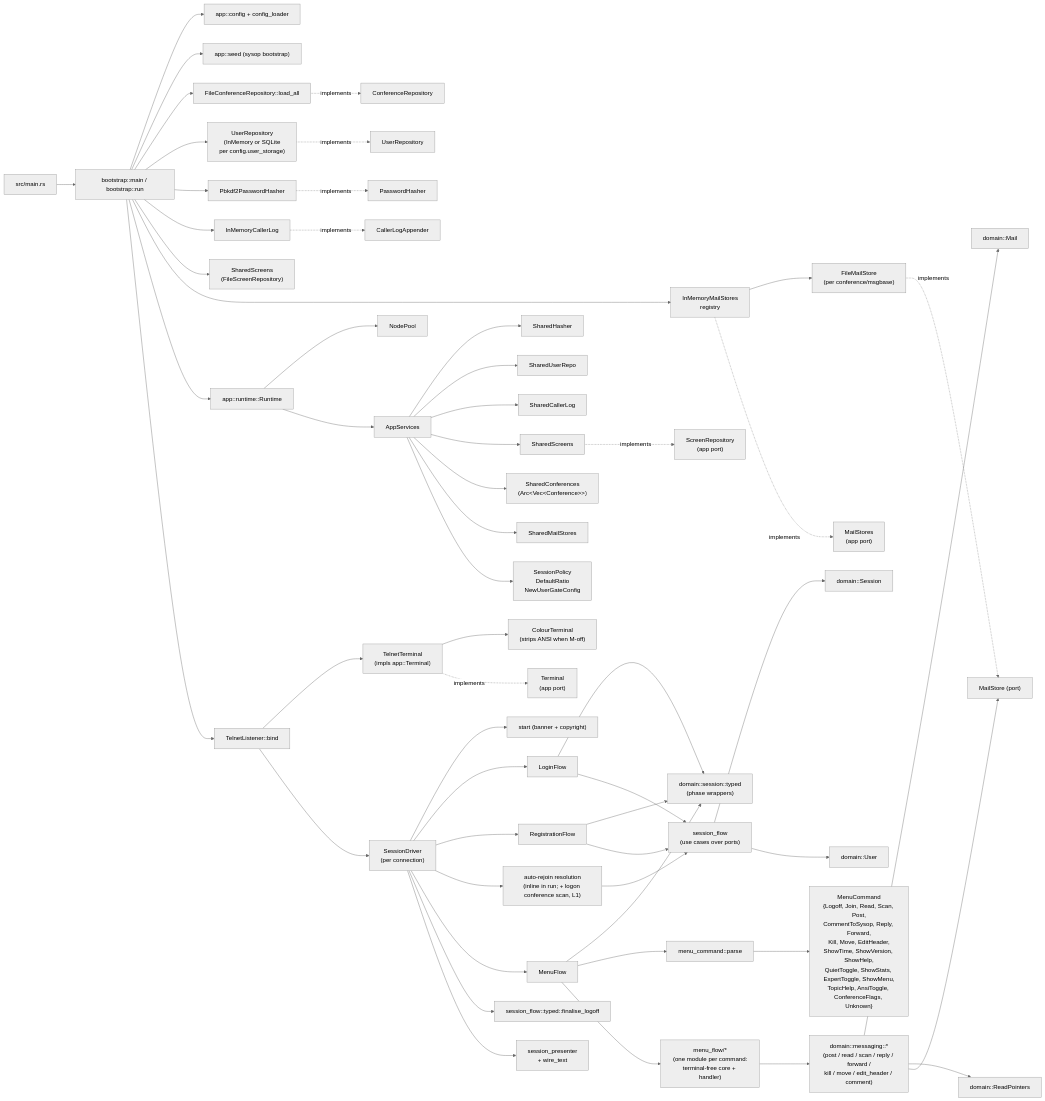
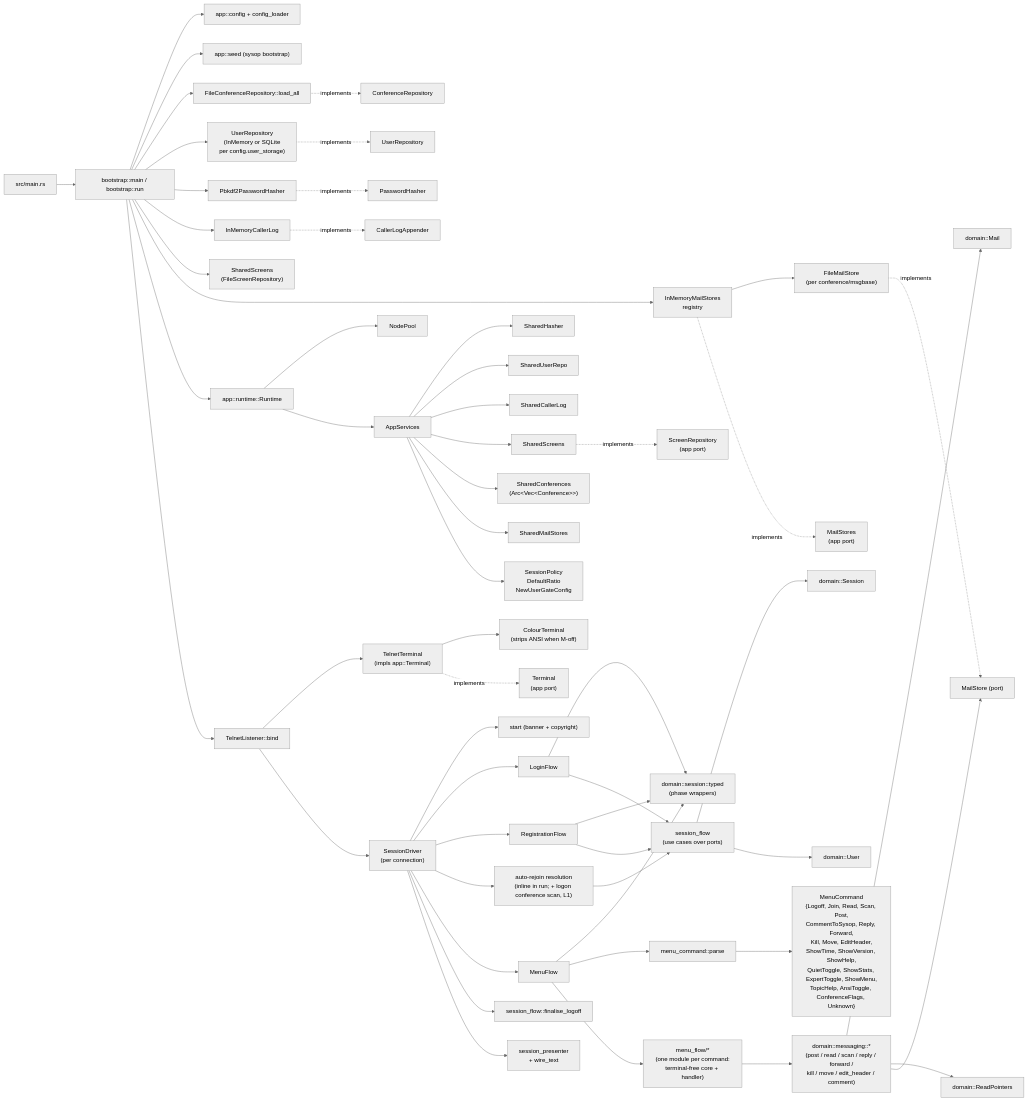
Before and after one commit to pingles/nextexpress: the diagram in SYSTEM.md, drawn with Mermaid (neutral theme). The commit also changed other lines of this file and 4 other files, not shown here.

First line of the commit message:
App: merge session_flow's typed/untyped twin functions (refactoring 5)

````diff
--- a/SYSTEM.md
+++ b/SYSTEM.md
@@ -92,67 +92,67 @@
 ```mermaid
 flowchart LR
     Main["src/main.rs"] --> AppRun["bootstrap::main / bootstrap::run"]
 
     AppRun --> Config["app::config + config_loader"]
     AppRun --> Seed["app::seed (sysop bootstrap)"]
     AppRun --> ConfRepo["FileConferenceRepository::load_all"]
     AppRun --> UserRepo["UserRepository\n(InMemory or SQLite\nper config.user_storage)"]
     AppRun --> Hasher["Pbkdf2PasswordHasher"]
     AppRun --> CallerLog["InMemoryCallerLog"]
     AppRun --> Screens["SharedScreens\n(FileScreenRepository)"]
     AppRun --> MailRegistry["InMemoryMailStores\nregistry"]
     MailRegistry --> FileMailStore["FileMailStore\n(per conference/msgbase)"]
 
     AppRun --> Runtime["app::runtime::Runtime"]
     Runtime --> NodePool["NodePool"]
     Runtime --> Services["AppServices"]
 
     Services --> Sharedhasher["SharedHasher"]
     Services --> SharedRepo["SharedUserRepo"]
     Services --> SharedLog["SharedCallerLog"]
     Services --> SharedScreens
     Services --> SharedConfs["SharedConferences\n(Arc&lt;Vec&lt;Conference&gt;&gt;)"]
     Services --> SharedMail["SharedMailStores"]
     Services --> Policy["SessionPolicy\nDefaultRatio\nNewUserGateConfig"]
 
     AppRun --> Telnet["TelnetListener::bind"]
     Telnet --> Terminal["TelnetTerminal\n(impls app::Terminal)"]
     Terminal --> Colour["ColourTerminal\n(strips ANSI when M-off)"]
     Telnet --> Driver["SessionDriver\n(per connection)"]
 
     Driver --> Start["start (banner + copyright)"]
     Driver --> Login["LoginFlow"]
     Driver --> Registration["RegistrationFlow"]
     Driver --> AutoRejoin["auto-rejoin resolution\n(inline in run; + logon conference scan, L1)"]
     Driver --> Menu["MenuFlow"]
-    Driver --> Finalise["session_flow::typed::finalise_logoff"]
+    Driver --> Finalise["session_flow::finalise_logoff"]
 
     Login --> Typed["domain::session::typed\n(phase wrappers)"]
     Registration --> Typed
     Menu --> Typed
     Login --> SF["session_flow\n(use cases over ports)"]
     Registration --> SF
     AutoRejoin --> SF
     Driver --> Presenter["session_presenter\n+ wire_text"]
 
     Menu --> Parse["menu_command::parse"]
     Parse --> Cmds["MenuCommand\n{Logoff, Join, Read, Scan, Post,\nCommentToSysop, Reply, Forward,\nKill, Move, EditHeader,\nShowTime, ShowVersion, ShowHelp,\nQuietToggle, ShowStats, ExpertToggle, ShowMenu,\nTopicHelp, AnsiToggle, ConferenceFlags, Unknown}"]
     Menu --> MenuFlowHandlers["menu_flow/*\n(one module per command:\nterminal-free core + handler)"]
 
     MenuFlowHandlers --> Rules["domain::messaging::*\n(post / read / scan / reply / forward /\nkill / move / edit_header / comment)"]
 
     Rules --> Mail["domain::Mail"]
     Rules --> Pointers["domain::ReadPointers"]
     Rules --> MailPort["MailStore (port)"]
     SF --> DomainSession["domain::Session"]
     SF --> DomainUser["domain::User"]
 
     ConfRepo -.implements.-> ConfPort["ConferenceRepository"]
     UserRepo -.implements.-> UserPort["UserRepository"]
     Hasher -.implements.-> HasherPort["PasswordHasher"]
     CallerLog -.implements.-> LogPort["CallerLogAppender"]
     SharedScreens -.implements.-> ScreenPort["ScreenRepository\n(app port)"]
     MailRegistry -.implements.-> MailRegistryPort["MailStores\n(app port)"]
     FileMailStore -.implements.-> MailPort
     Terminal -.implements.-> TermPort["Terminal\n(app port)"]
 ```
````
